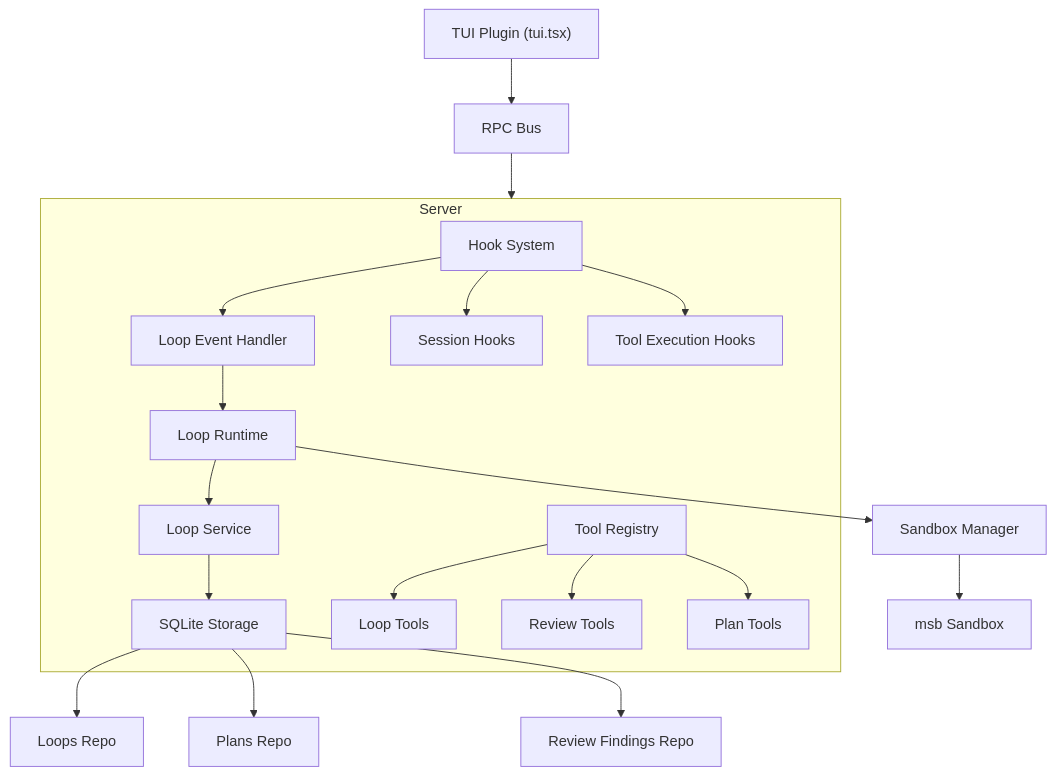
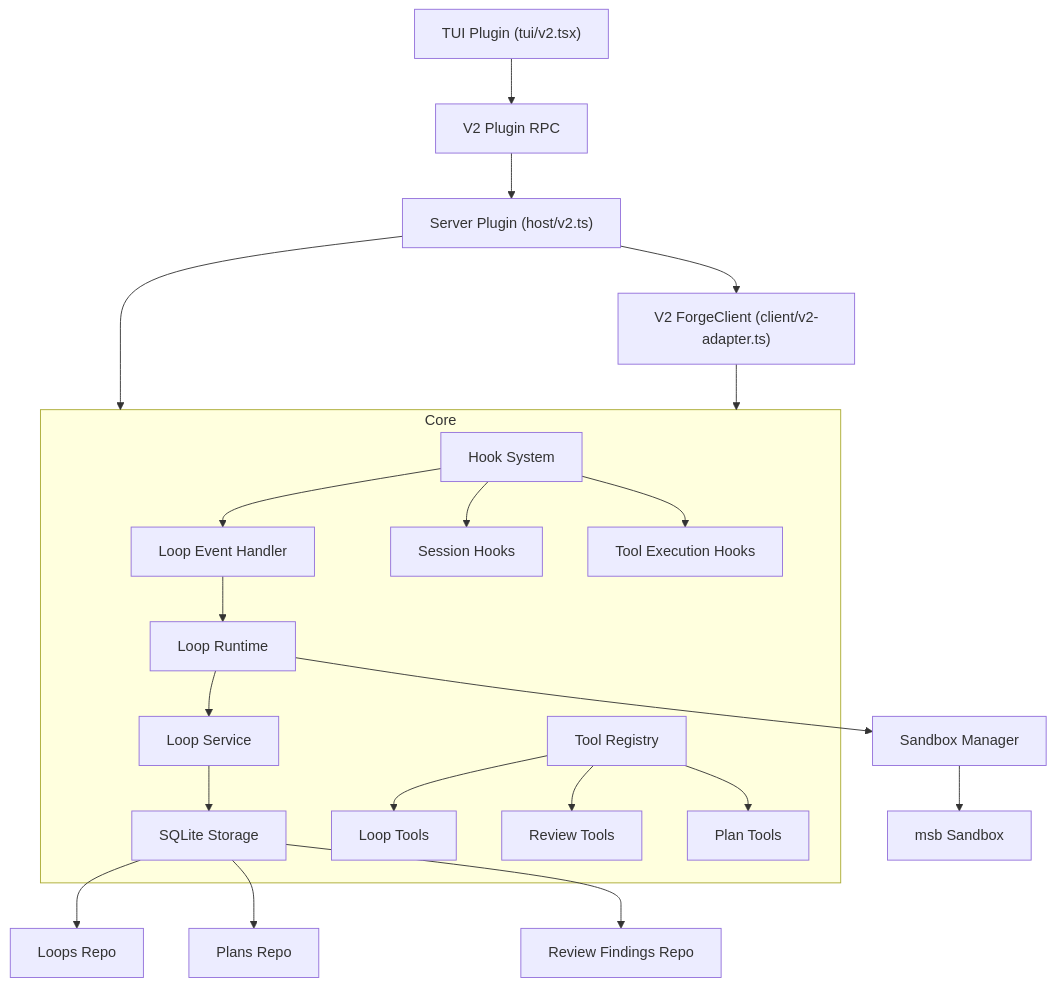
Before and after one commit to chriswritescode-dev/opencode-forge: the diagram in docs/api/_media/architecture.md, drawn with Mermaid. The commit also changed other lines of this file and 227 other files, not shown here.

First line of the commit message:
feat(host): add OpenCode 2.x support on a shared host-neutral core (#102)

````diff
--- a/docs/api/_media/architecture.md
+++ b/docs/api/_media/architecture.md
@@ -239,26 +272,29 @@
 ```mermaid
 graph TD
-    TUI["TUI Plugin (tui.tsx)"] --> RPC["RPC Bus"]
-    RPC --> Server["Server Plugin (index.ts)"]
+    TUI["TUI Plugin (tui/v2.tsx)"] --> RPC["V2 Plugin RPC"]
+    RPC --> Server["Server Plugin (host/v2.ts)"]
+    Server --> Core["Forge Core (host/forge-core.ts)"]
+    Server --> V2Client["V2 ForgeClient (client/v2-adapter.ts)"]
+    V2Client --> Core
 
-    subgraph Server
+    subgraph Core
         Hooks["Hook System"] --> LoopHandler["Loop Event Handler"]
         Hooks --> SessionHooks["Session Hooks"]
         Hooks --> ToolHooks["Tool Execution Hooks"]
 
         LoopHandler --> LoopRuntime["Loop Runtime"]
         LoopRuntime --> LoopService["Loop Service"]
         LoopService --> SQLite["SQLite Storage"]
 
         Tools["Tool Registry"] --> LoopTools["Loop Tools"]
         Tools --> ReviewTools["Review Tools"]
         Tools --> PlanTools["Plan Tools"]
     end
 
     LoopRuntime --> SandboxManager["Sandbox Manager"]
     SandboxManager --> Msb["msb Sandbox"]
 
     SQLite --> LoopsRepo["Loops Repo"]
     SQLite --> PlansRepo["Plans Repo"]
     SQLite --> ReviewRepo["Review Findings Repo"]
 ```
````
